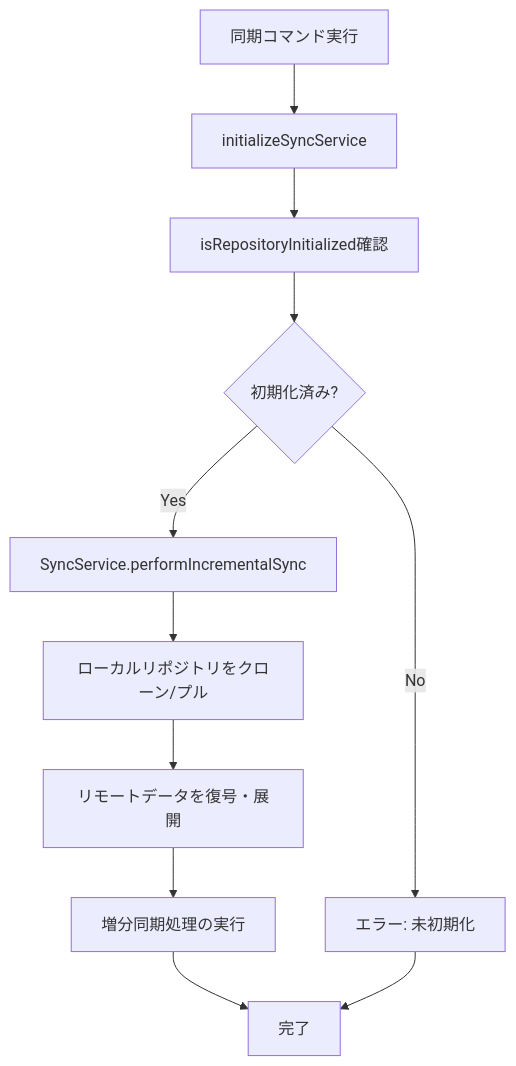
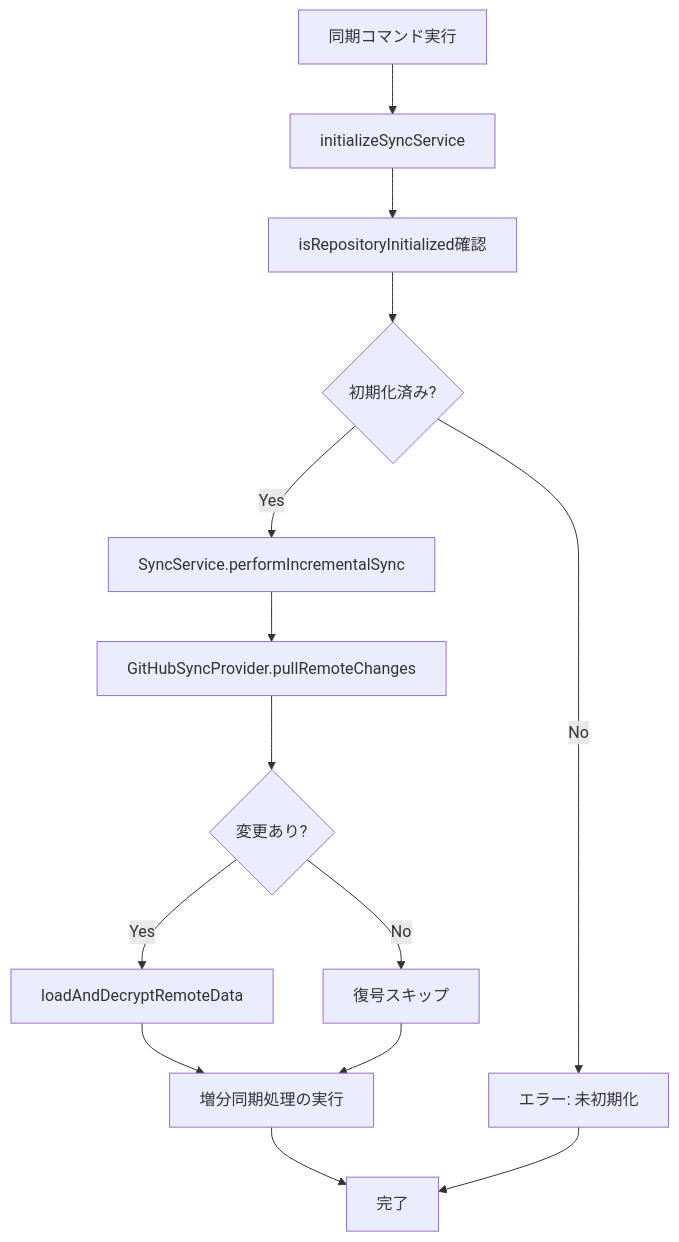
Before and after one commit to masahide/SecureNotesSyncVSCodeExt: the fourth of 4 diagrams in docs/sync-process-detailed-analysis.md, drawn with Mermaid. The commit also changed other lines of this file and 4 other files, not shown here.

````diff
--- a/docs/sync-process-detailed-analysis.md
+++ b/docs/sync-process-detailed-analysis.md
@@ -101,13 +101,16 @@
 ```mermaid
 graph TD
     A[同期コマンド実行] --> B[initializeSyncService];
     B --> C[isRepositoryInitialized確認];
     C --> D{初期化済み?};
     D -->|No| E[エラー: 未初期化];
     D -->|Yes| F[SyncService.performIncrementalSync];
-    F --> G[ローカルリポジトリをクローン/プル];
-    G --> H[リモートデータを復号・展開];
-    H --> I[増分同期処理の実行];
-    I --> J[完了];
-    E --> J;
+    F --> G[GitHubSyncProvider.pullRemoteChanges];
+    G --> H{変更あり?};
+    H -->|Yes| I[loadAndDecryptRemoteData];
+    H -->|No| J[復号スキップ];
+    I --> K[増分同期処理の実行];
+    J --> K[増分同期処理の実行];
+    K --> L[完了];
+    E --> L;
 ```
````
